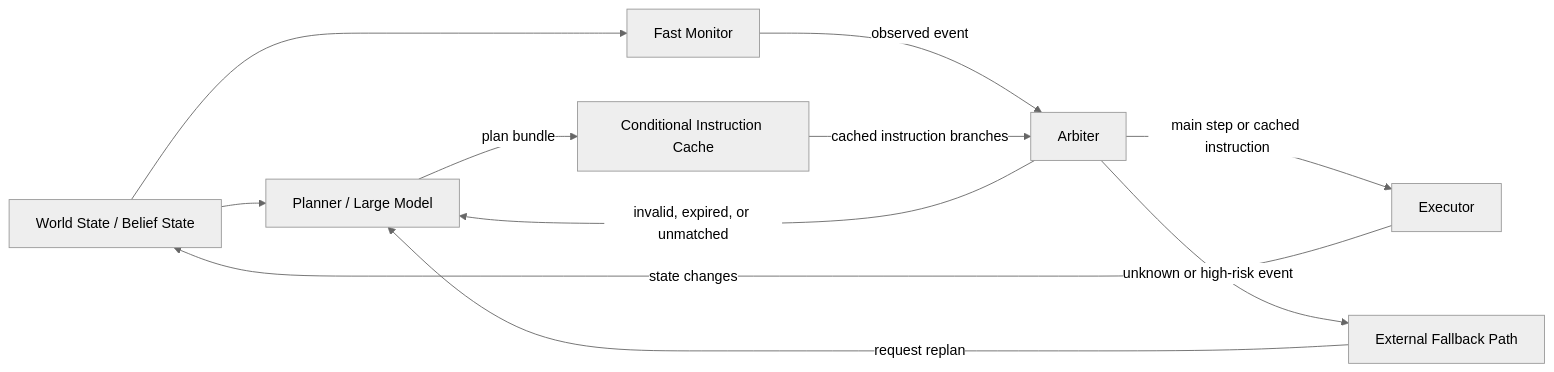
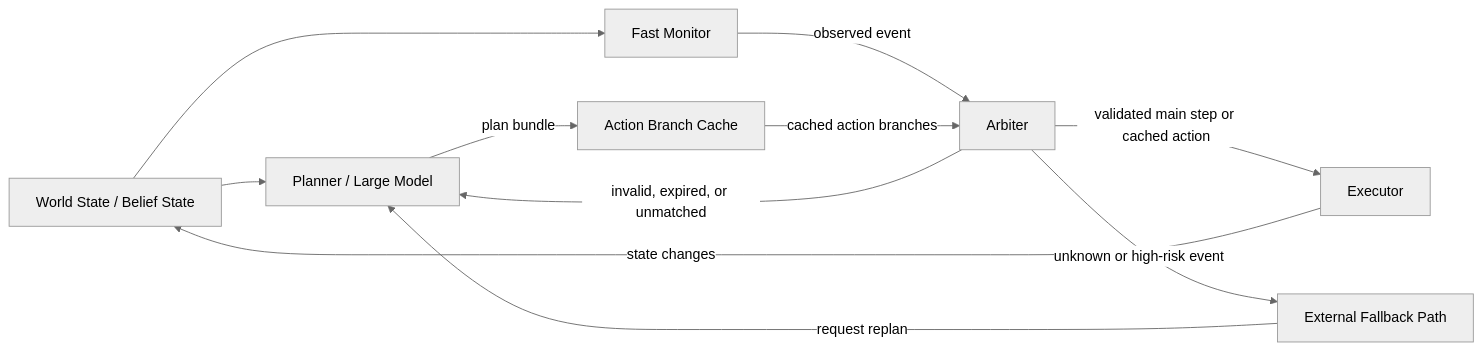
The diagram in docs/architecture.md (qingwuxj/Contingency-Instruction-Cache), drawn with Mermaid (neutral theme) before and after one commit. The commit also changed other lines of this file and 17 other files, not shown here.

Commit message:
rename project to Action Branch Cache

````diff
--- a/docs/architecture.md
+++ b/docs/architecture.md
@@ -37,13 +37,13 @@
 ```mermaid
 flowchart LR
     WS["World State / Belief State"] --> PL["Planner / Large Model"]
-    PL -->|plan bundle| CC["Conditional Instruction Cache"]
+    PL -->|plan bundle| CC["Action Branch Cache"]
     WS --> FM["Fast Monitor"]
     FM -->|observed event| AR["Arbiter"]
-    CC -->|cached instruction branches| AR
-    AR -->|main step or cached instruction| EX["Executor"]
+    CC -->|cached action branches| AR
+    AR -->|validated main step or cached action| EX["Executor"]
     EX -->|state changes| WS
     AR -->|unknown or high-risk event| SF["External Fallback Path"]
     SF -->|request replan| PL
     AR -->|invalid, expired, or unmatched| PL
 ```
````
